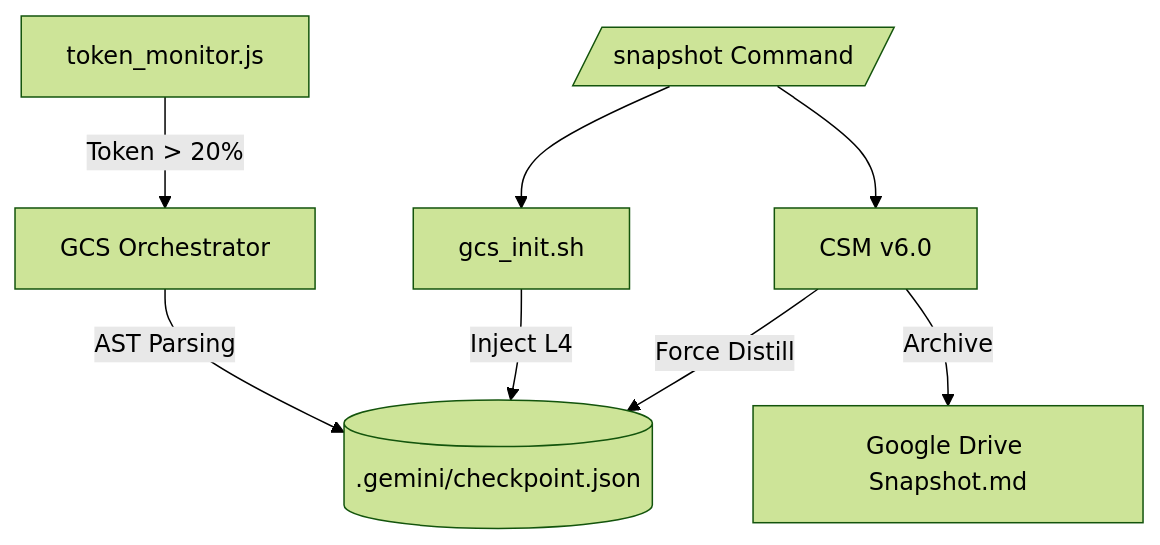
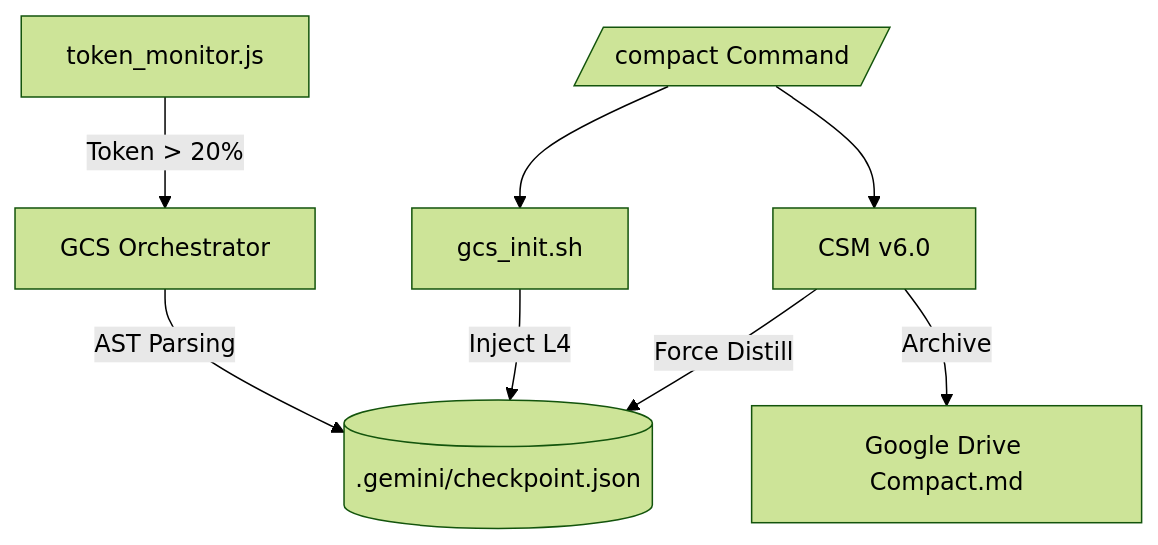
Before and after one commit to ppis9527/gemini-cli-gcs: the diagram in Custom-Session-Manager-Design-Spec.md, drawn with Mermaid (forest theme). The commit also changed other lines of this file and 42 other files, not shown here.

````diff
--- a/Custom-Session-Manager-Design-Spec.md
+++ b/Custom-Session-Manager-Design-Spec.md
@@ -34,12 +33,12 @@
 ```mermaid
 graph TD
     Monitor[token_monitor.js] -->|Token > 20%| Distiller[GCS Orchestrator]
     Distiller -->|AST Parsing| Checkpoint[(.gemini/checkpoint.json)]
     
     User[/clear Command/] --> Init[gcs_init.sh]
     Init -->|Inject L4| Checkpoint
     
-    User[/snapshot Command/] --> CSM[CSM v6.0]
+    User[/compact Command/] --> CSM[CSM v6.0]
     CSM -->|Force Distill| Checkpoint
-    CSM -->|Archive| Snapshot[Google Drive Snapshot.md]
+    CSM -->|Archive| Snapshot[Google Drive Compact.md]
 ```
````
